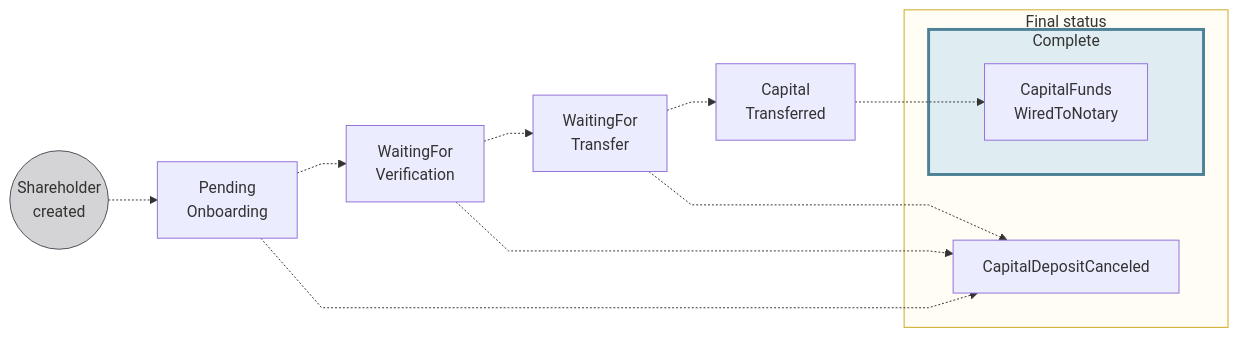
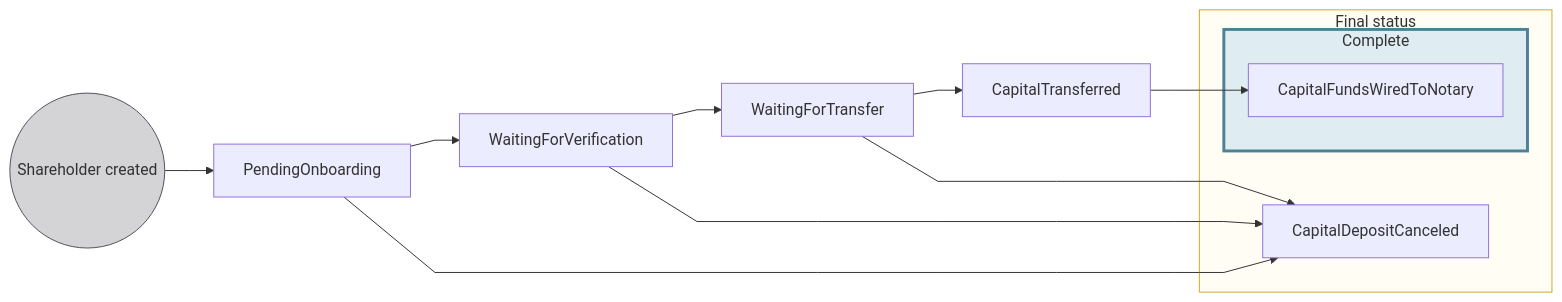
Before and after one commit to swan-io/docs: the third of 4 diagrams in docs/topics/capital-deposits/index.mdx, drawn with Mermaid. The commit also changed other lines of this file and 11 other files, not shown here.

First line of the commit message:
DOC 1981: Capital deposit new dashboard guide edits and IA (#713)

````diff
--- a/docs/topics/capital-deposits/index.mdx
+++ b/docs/topics/capital-deposits/index.mdx
@@ -180,22 +203,26 @@
 ```mermaid
 %%{ init: { 'flowchart': { 'curve': 'linear' } } }%%
 flowchart LR
-    SC((Shareholder<br/>created)) -.-> P[Pending<br/>Onboarding]
-    P -.-> WV[WaitingFor<br/>Verification]
-    WV -.-> WT[WaitingFor<br/>Transfer]
-    WT -.-> CT[Capital<br/>Transferred]
-    CT -.-> CN[CapitalFunds<br/>WiredToNotary]
-    P -.-> CDC[CapitalDepositCanceled]
-    WV -.-> CDC
-    WT -.-> CDC
+    SC((Shareholder created)) --> P[PendingOnboarding]
+    P --> WV[WaitingForVerification]
+    WV --> WT[WaitingForTransfer]
+    WT --> CT[CapitalTransferred]
+    CT --> CN[CapitalFundsWiredToNotary]
+
+    P --> CDC[CapitalDepositCanceled]
+    WV --> CDC
+    WT --> CDC
+
     subgraph COM[Complete]
         CN
     end
+
     subgraph F[Final status]
         CDC
         COM
     end
+
     style SC fill:#D4D3D5,stroke:#514F59
     style COM fill:#dfedf2,stroke:#4d8296,stroke-width:3px
     style F fill:#fffdf4,stroke:#cca922
 ```
````
